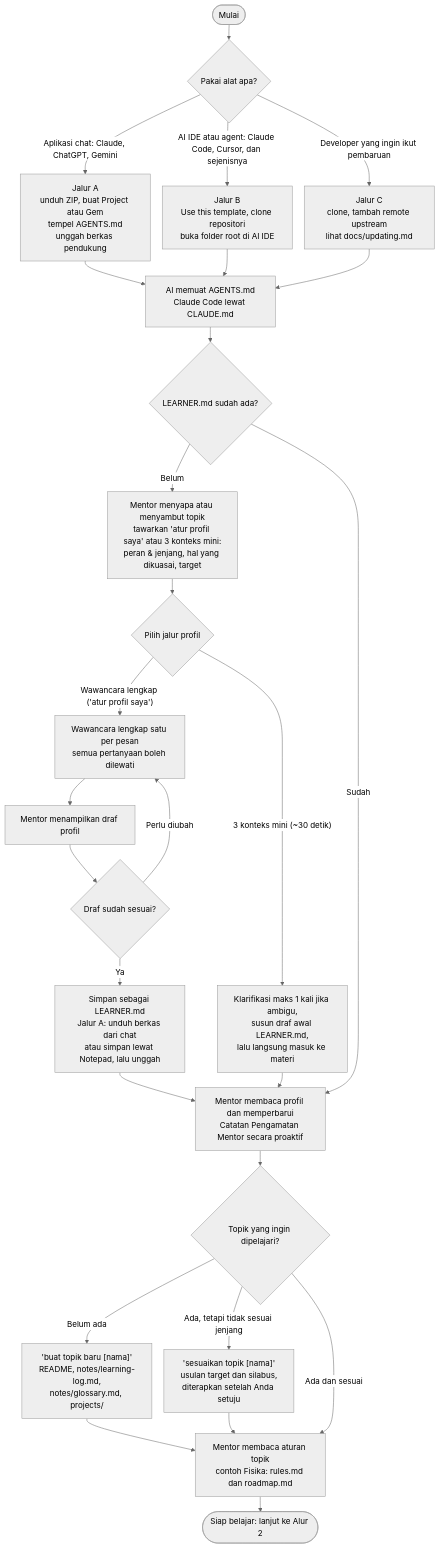
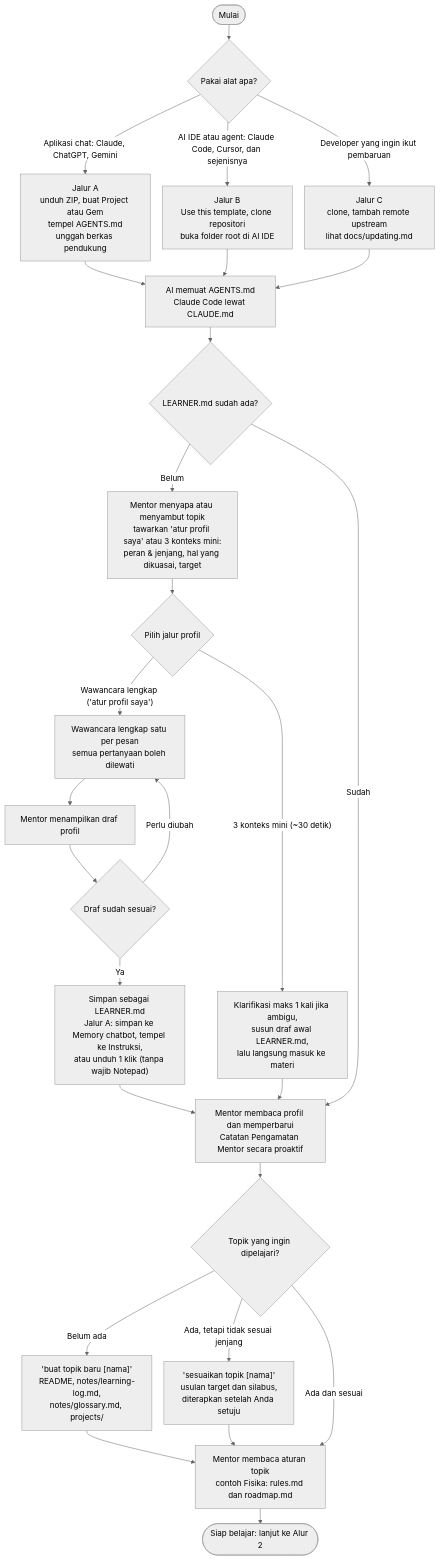
Before and after one commit to Raguna633/l2se: the first of 7 diagrams in docs/cara-kerja.md, drawn with Mermaid (neutral theme). The commit also changed 4 other files, not shown here.

````diff
--- a/docs/cara-kerja.md
+++ b/docs/cara-kerja.md
@@ -26,34 +26,34 @@
 ```mermaid
 %%{init: {"flowchart": {"nodeSpacing": 24, "rankSpacing": 30}}}%%
 flowchart TD
     A([Mulai]) --> B{"Pakai alat apa?"}
     B -->|"Aplikasi chat: Claude, ChatGPT, Gemini"| C["Jalur A<br/>unduh ZIP, buat Project atau Gem<br/>tempel AGENTS.md<br/>unggah berkas pendukung"]
     B -->|"AI IDE atau agent: Claude Code, Cursor, dan sejenisnya"| D["Jalur B<br/>Use this template, clone repositori<br/>buka folder root di AI IDE"]
     B -->|"Developer yang ingin ikut pembaruan"| E["Jalur C<br/>clone, tambah remote upstream<br/>lihat docs/updating.md"]
     C --> F
     D --> F
     E --> F
     F["AI memuat AGENTS.md<br/>Claude Code lewat CLAUDE.md"] --> G{"LEARNER.md sudah ada?"}
 
     G -->|"Belum"| H["Mentor menyapa atau menyambut topik<br/>tawarkan 'atur profil saya' atau 3 konteks mini:<br/>peran & jenjang, hal yang dikuasai, target"]
     H --> I{"Pilih jalur profil"}
     I -->|"Wawancara lengkap ('atur profil saya')"| J["Wawancara lengkap satu per pesan<br/>semua pertanyaan boleh dilewati"]
     I -->|"3 konteks mini (~30 detik)"| M0["Klarifikasi maks 1 kali jika ambigu,<br/>susun draf awal LEARNER.md,<br/>lalu langsung masuk ke materi"]
     J --> K["Mentor menampilkan draf profil"]
     K --> L{"Draf sudah sesuai?"}
     L -->|"Perlu diubah"| J
-    L -->|"Ya"| M["Simpan sebagai LEARNER.md<br/>Jalur A: unduh berkas dari chat<br/>atau simpan lewat Notepad, lalu unggah"]
+    L -->|"Ya"| M["Simpan sebagai LEARNER.md<br/>Jalur A: simpan ke Memory chatbot, tempel ke Instruksi,<br/>atau unduh 1 klik (tanpa wajib Notepad)"]
     M0 --> O["Mentor membaca profil dan memperbarui<br/>Catatan Pengamatan Mentor secara proaktif"]
 
     G -->|"Sudah"| O
     M --> O
     O --> P
 
     P{"Topik yang ingin dipelajari?"}
     P -->|"Belum ada"| Q["'buat topik baru [nama]'<br/>README, notes/learning-log.md,<br/>notes/glossary.md, projects/"]
     P -->|"Ada, tetapi tidak sesuai jenjang"| R["'sesuaikan topik [nama]'<br/>usulan target dan silabus,<br/>diterapkan setelah Anda setuju"]
     P -->|"Ada dan sesuai"| S
     Q --> S
     R --> S
     S["Mentor membaca aturan topik<br/>contoh Fisika: rules.md dan roadmap.md"] --> T([Siap belajar: lanjut ke Alur 2])
 ```
````
